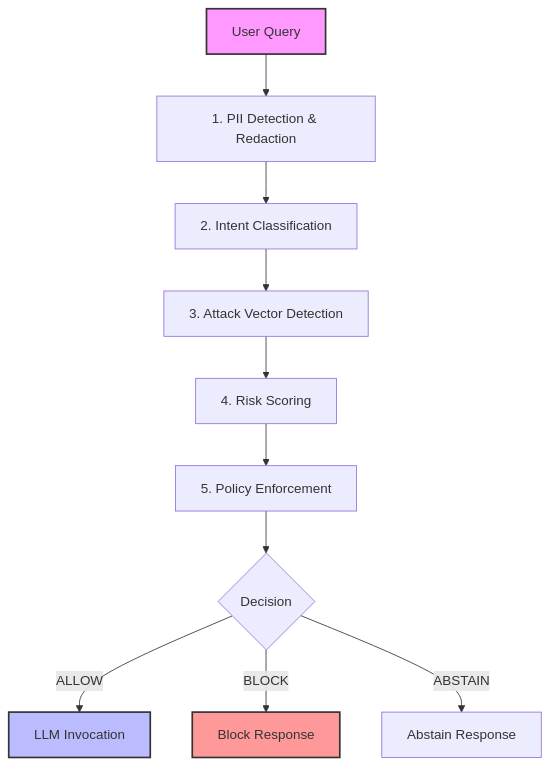
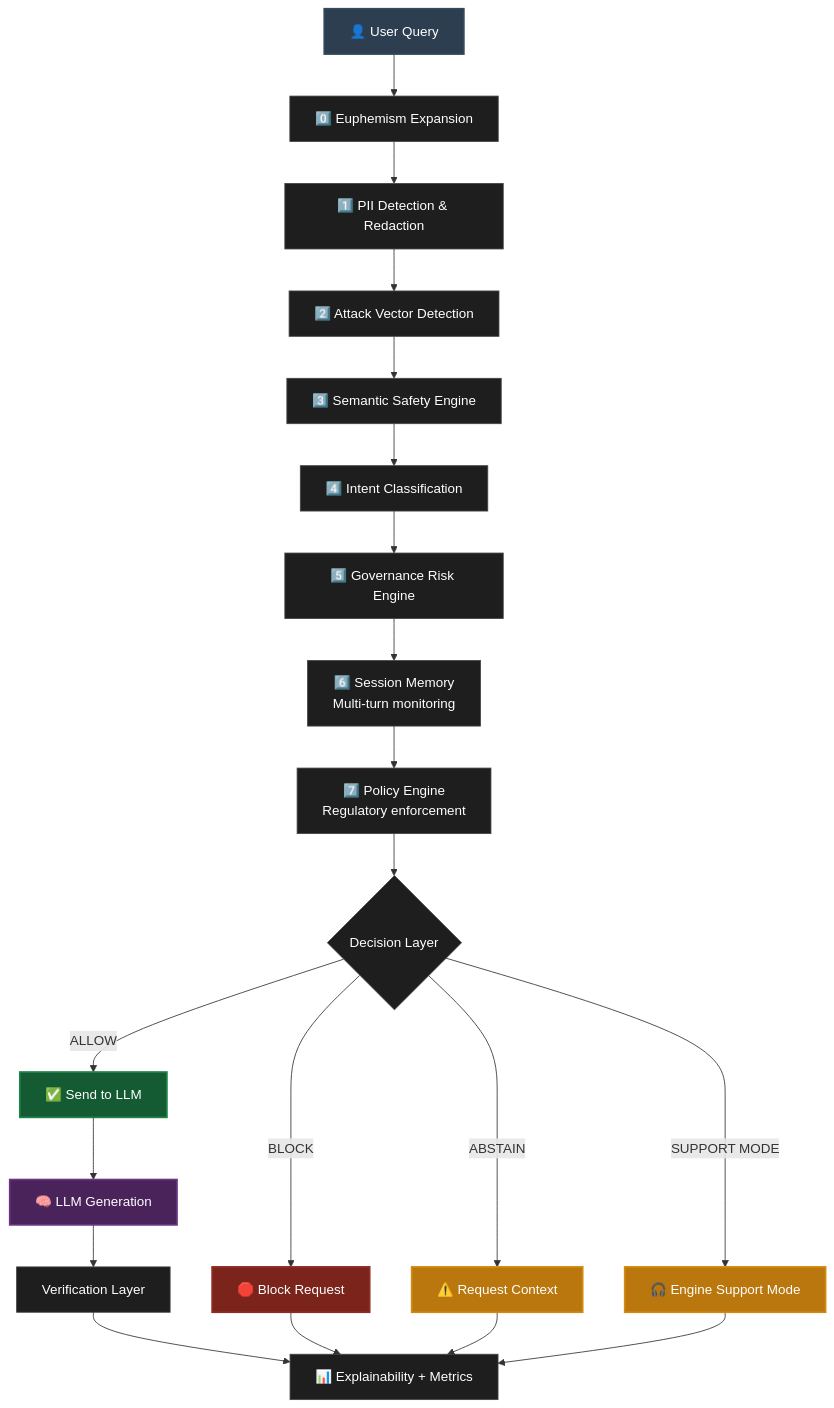
Before and after one commit to Alkur123/india-ai-safety-and-governance-engine: the first of 4 diagrams in DESIGN.md, drawn with Mermaid. The commit also changed other lines of this file, not shown here.

````diff
--- a/DESIGN.md
+++ b/DESIGN.md
@@ -88,16 +43,33 @@
 ```mermaid
 graph TD
-    User[User Query] --> L1[1. PII Detection & Redaction]
-    L1 --> L2[2. Intent Classification]
-    L2 --> L3[3. Attack Vector Detection]
-    L3 --> L4[4. Risk Scoring]
-    L4 --> L5[5. Policy Enforcement]
-    L5 --> Decision{Decision}
-    Decision -- ALLOW --> LLM[LLM Invocation]
-    Decision -- BLOCK --> Block[Block Response]
-    Decision -- ABSTAIN --> Abstain[Abstain Response]
+    classDef default fill:#1E1E1E,stroke:#444,stroke-width:1px,color:#fff;
+    classDef user fill:#2C3E50,stroke:#34495E,stroke-width:2px,color:#fff;
+    classDef LLM fill:#4A235A,stroke:#6C3483,stroke-width:2px,color:#fff;
+    classDef allow fill:#145A32,stroke:#1E8449,stroke-width:2px,color:#fff;
+    classDef block fill:#7B241C,stroke:#922B21,stroke-width:2px,color:#fff;
+    classDef abstain fill:#B9770E,stroke:#D68910,stroke-width:2px,color:#fff;
     
-    style User fill:#f9f,stroke:#333,stroke-width:2px
-    style LLM fill:#bbf,stroke:#333,stroke-width:2px
-    style Block fill:#f99,stroke:#333,stroke-width:2px
+    U[👤 User Query]:::user --> P0[0️⃣ Euphemism Expansion]
+    P0 --> P1[1️⃣ PII Detection & Redaction]
+    P1 --> P2[2️⃣ Attack Vector Detection]
+    P2 --> P2a[3️⃣ Semantic Safety Engine]
+    P2a --> P3[4️⃣ Intent Classification]
+    P3 --> P4[5️⃣ Governance Risk Engine]
+    P4 --> P5[6️⃣ Session Memory <br/> Multi-turn monitoring]
+    P5 --> P6[7️⃣ Policy Engine <br/> Regulatory enforcement]
+    
+    P6 --> DL{Decision Layer}
+    
+    DL -->|ALLOW| AL[✅ Send to LLM]:::allow
+    DL -->|BLOCK| BL[🛑 Block Request]:::block
+    DL -->|ABSTAIN| AB[⚠️ Request Context]:::abstain
+    DL -->|SUPPORT MODE| SM[🎧 Engine Support Mode]:::abstain
+    
+    AL --> LLM[🧠 LLM Generation]:::LLM
+    LLM --> VL[Verification Layer]
+    
+    VL --> EE[📊 Explainability + Metrics]
+    BL --> EE
+    AB --> EE
+    SM --> EE
 ```
````
